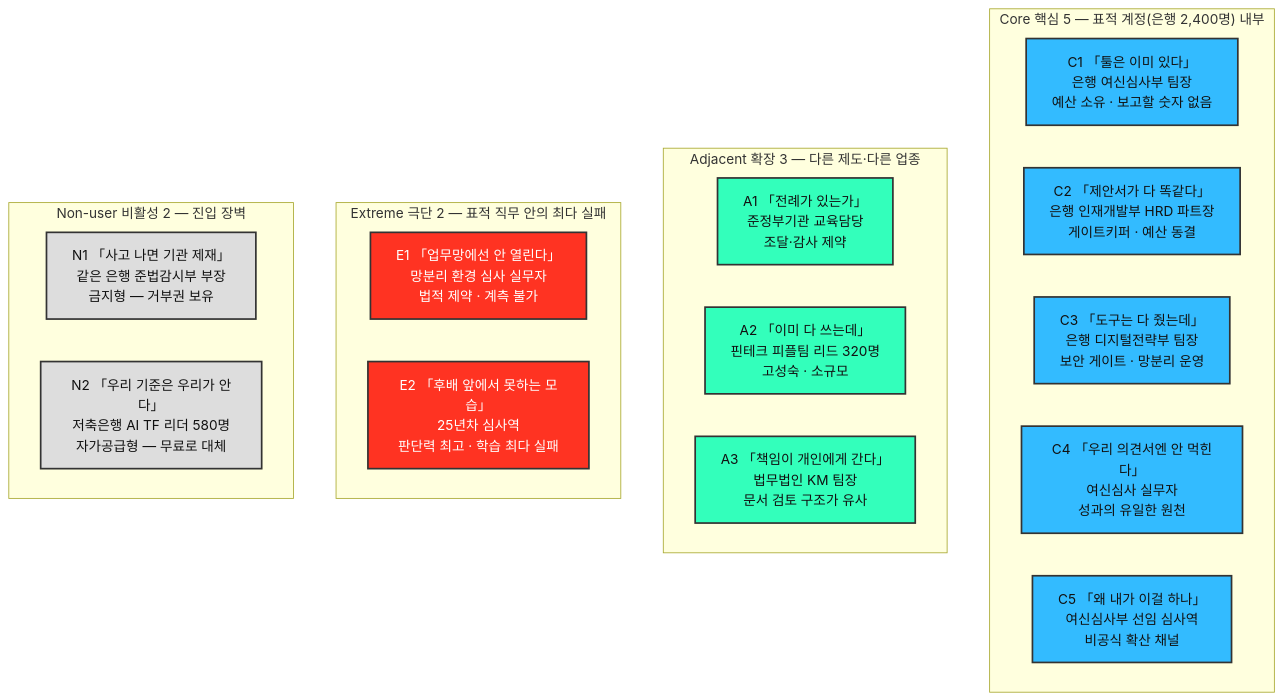
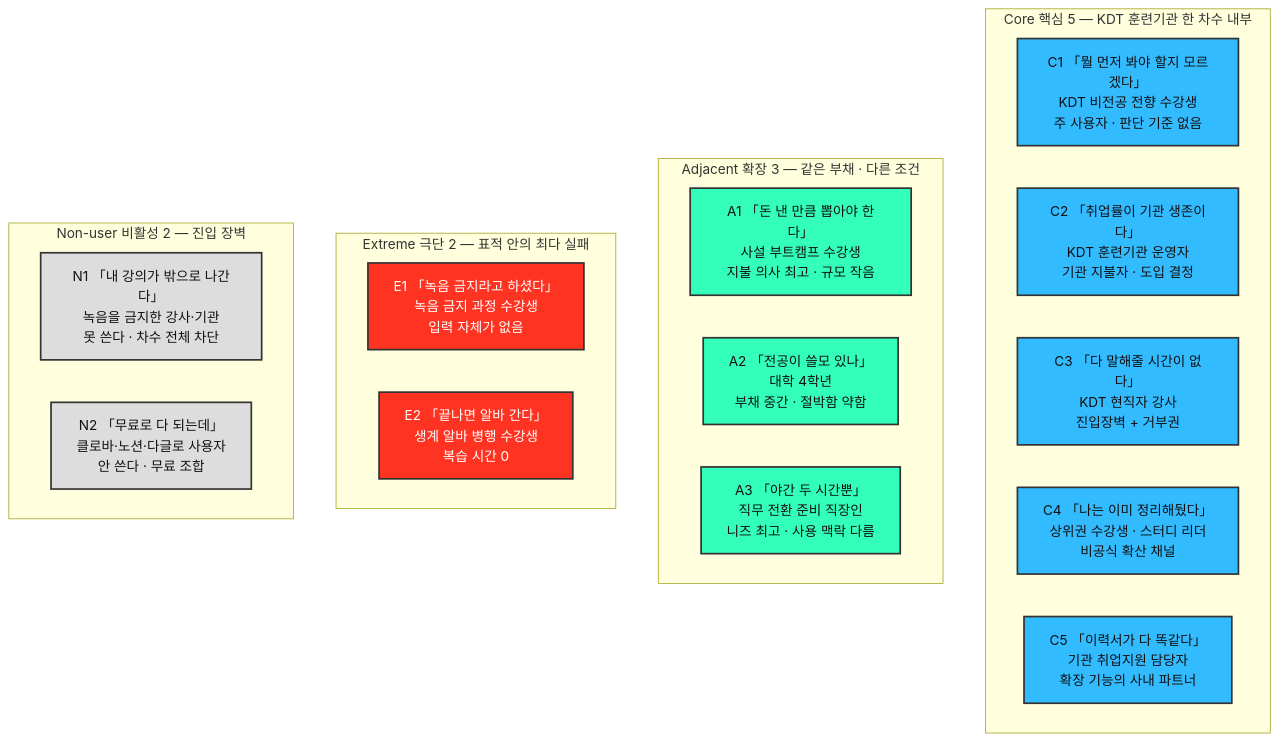
The second of 3 diagrams in 05-persona-spectrum-journey-map/case-01-persona-spectrum.md (happai079/business-research-kokjip), drawn with Mermaid before and after one commit. The commit also changed other lines of this file and 15 other files, not shown here.

````diff
--- a/05-persona-spectrum-journey-map/case-01-persona-spectrum.md
+++ b/05-persona-spectrum-journey-map/case-01-persona-spectrum.md
@@ -232,39 +229,39 @@
 ```mermaid
 graph TB
-    subgraph CORE["Core 핵심 5 — 표적 계정(은행 2,400명) 내부"]
+    subgraph CORE["Core 핵심 5 — KDT 훈련기관 한 차수 내부"]
         direction LR
-        C1["C1 「툴은 이미 있다」<br>은행 여신심사부 팀장<br>예산 소유 · 보고할 숫자 없음"]
-        C2["C2 「제안서가 다 똑같다」<br>은행 인재개발부 HRD 파트장<br>게이트키퍼 · 예산 동결"]
-        C3["C3 「도구는 다 줬는데」<br>은행 디지털전략부 팀장<br>보안 게이트 · 망분리 운영"]
-        C4["C4 「우리 의견서엔 안 먹힌다」<br>여신심사 실무자<br>성과의 유일한 원천"]
-        C5["C5 「왜 내가 이걸 하나」<br>여신심사부 선임 심사역<br>비공식 확산 채널"]
+        C1["C1 「뭘 먼저 봐야 할지 모르겠다」<br>KDT 비전공 전향 수강생<br>주 사용자 · 판단 기준 없음"]
+        C2["C2 「취업률이 기관 생존이다」<br>KDT 훈련기관 운영자<br>기관 지불자 · 도입 결정"]
+        C3["C3 「다 말해줄 시간이 없다」<br>KDT 현직자 강사<br>진입장벽 + 거부권"]
+        C4["C4 「나는 이미 정리해뒀다」<br>상위권 수강생 · 스터디 리더<br>비공식 확산 채널"]
+        C5["C5 「이력서가 다 똑같다」<br>기관 취업지원 담당자<br>확장 기능의 사내 파트너"]
     end
 
-    subgraph ADJ["Adjacent 확장 3 — 다른 제도·다른 업종"]
+    subgraph ADJ["Adjacent 확장 3 — 같은 부채 · 다른 조건"]
         direction LR
-        A1["A1 「전례가 있는가」<br>준정부기관 교육담당<br>조달·감사 제약"]
-        A2["A2 「이미 다 쓰는데」<br>핀테크 피플팀 리드 320명<br>고성숙 · 소규모"]
-        A3["A3 「책임이 개인에게 간다」<br>법무법인 KM 팀장<br>문서 검토 구조가 유사"]
+        A1["A1 「돈 낸 만큼 뽑아야 한다」<br>사설 부트캠프 수강생<br>지불 의사 최고 · 규모 작음"]
+        A2["A2 「전공이 쓸모 있나」<br>대학 4학년<br>부채 중간 · 절박함 약함"]
+        A3["A3 「야간 두 시간뿐」<br>직무 전환 준비 직장인<br>니즈 최고 · 사용 맥락 다름"]
     end
 
-    subgraph EXT["Extreme 극단 2 — 표적 직무 안의 최다 실패"]
+    subgraph EXT["Extreme 극단 2 — 표적 안의 최다 실패"]
         direction LR
-        E1["E1 「업무망에선 안 열린다」<br>망분리 환경 심사 실무자<br>법적 제약 · 계측 불가"]
-        E2["E2 「후배 앞에서 못하는 모습」<br>25년차 심사역<br>판단력 최고 · 학습 최다 실패"]
+        E1["E1 「녹음 금지라고 하셨다」<br>녹음 금지 과정 수강생<br>입력 자체가 없음"]
+        E2["E2 「끝나면 알바 간다」<br>생계 알바 병행 수강생<br>복습 시간 0"]
     end
 
     subgraph NON["Non-user 비활성 2 — 진입 장벽"]
         direction LR
-        N1["N1 「사고 나면 기관 제재」<br>같은 은행 준법감시부 부장<br>금지형 — 거부권 보유"]
-        N2["N2 「우리 기준은 우리가 안다」<br>저축은행 AI TF 리더 580명<br>자가공급형 — 무료로 대체"]
+        N1["N1 「내 강의가 밖으로 나간다」<br>녹음을 금지한 강사·기관<br>못 쓴다 · 차수 전체 차단"]
+        N2["N2 「무료로 다 되는데」<br>클로바·노션·다글로 사용자<br>안 쓴다 · 무료 조합"]
     end
 
     classDef core fill:#33BBFF,stroke:#333,stroke-width:2px,color:#111;
     classDef adj fill:#33FFBB,stroke:#333,stroke-width:2px,color:#111;
     classDef ext fill:#FF3322,stroke:#333,stroke-width:2px,color:#fff;
     classDef non fill:#DDDDDD,stroke:#333,stroke-width:2px,color:#111;
     class C1,C2,C3,C4,C5 core;
     class A1,A2,A3 adj;
     class E1,E2 ext;
     class N1,N2 non;
 ```
````
